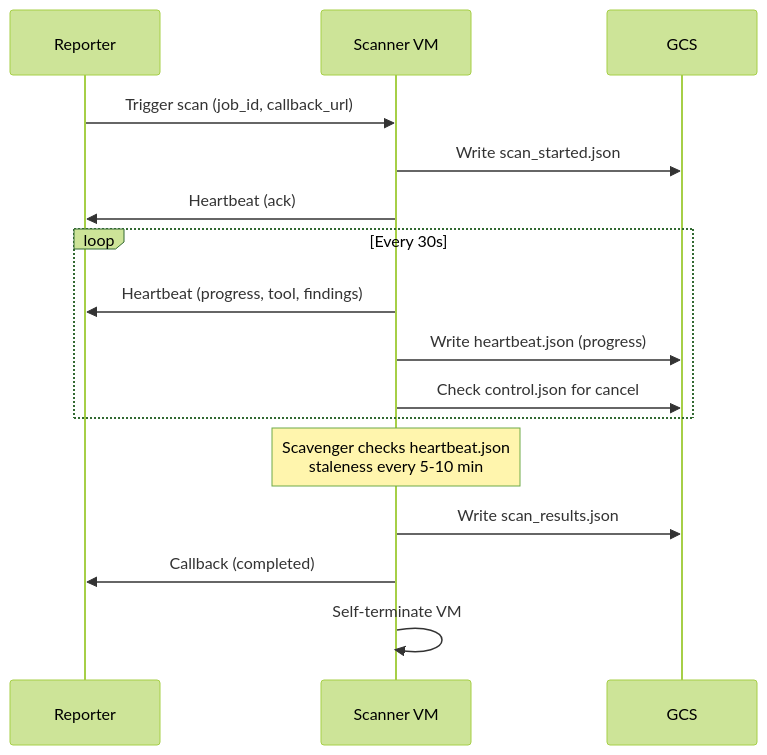
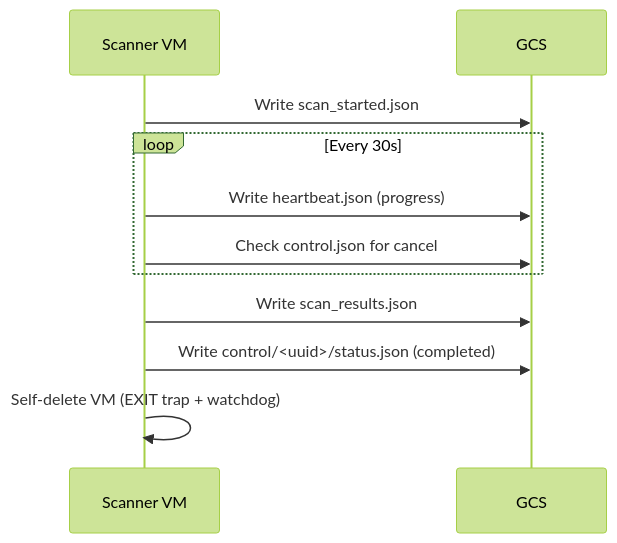
One commit to Peregrine-Technology-Systems/peregrine-penetrator-scanner changed the third of 3 diagrams in README.md. Above: the diagram before and after it, drawn with Mermaid (forest theme). The commit also changed other lines of this file and 1 other file, not shown here.

````diff
--- a/README.md
+++ b/README.md
@@ -77,22 +66,16 @@
 ```mermaid
 sequenceDiagram
-    participant R as Reporter
     participant S as Scanner VM
     participant G as GCS
 
-    R->>S: Trigger scan (job_id, callback_url)
     S->>G: Write scan_started.json
-    S->>R: Heartbeat (ack)
 
     loop Every 30s
-        S->>R: Heartbeat (progress, tool, findings)
         S->>G: Write heartbeat.json (progress)
         S->>G: Check control.json for cancel
     end
 
-    Note over S: Scavenger checks heartbeat.json<br/>staleness every 5-10 min
-
     S->>G: Write scan_results.json
-    S->>R: Callback (completed)
-    S->>S: Self-terminate VM
+    S->>G: Write control/<uuid>/status.json (completed)
+    S->>S: Self-delete VM (EXIT trap + watchdog)
 ```
````
